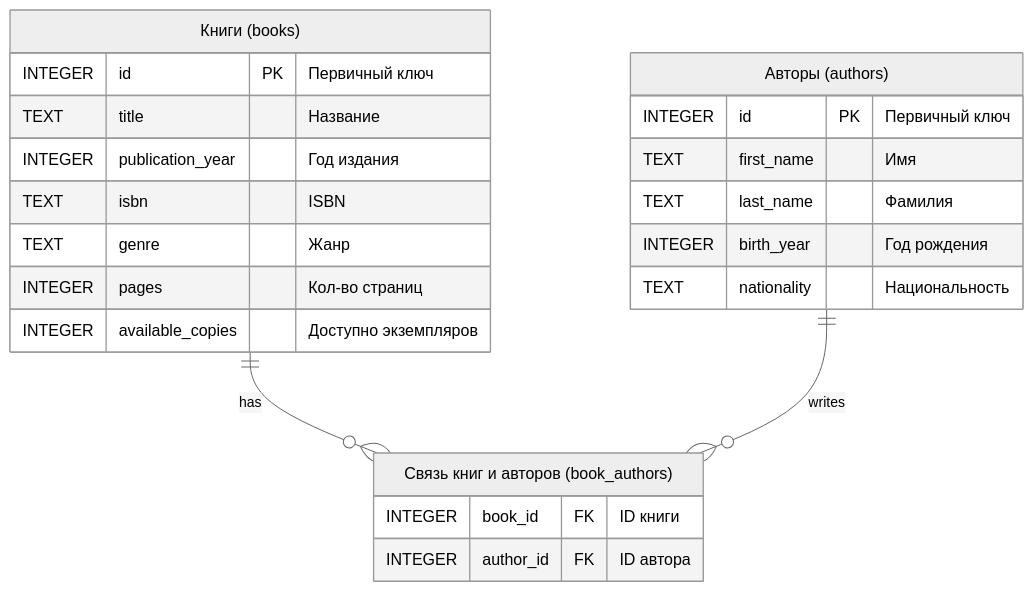
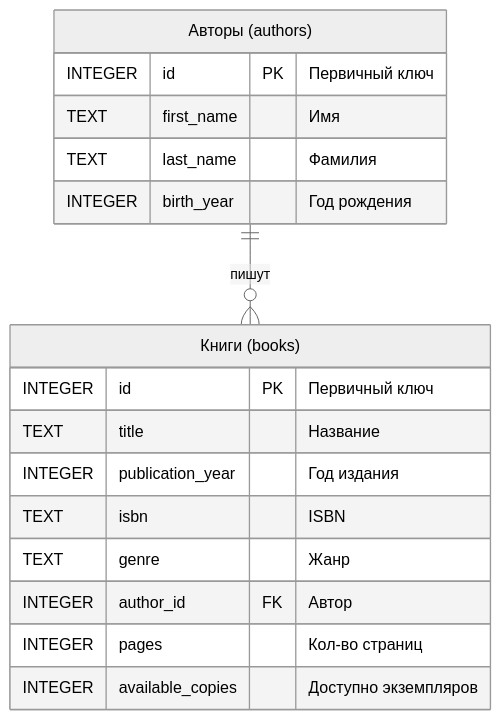
One commit to vshp-online/it.vshp.online changed the diagram in disciplines/it03/lectures/includes/library_books_db/library_books.mermaid. Above: the diagram before and after it, drawn with Mermaid (neutral theme). The commit also changed 6 other files, not shown here.

Commit message:
Update 13_lecture.md, learning_portal.mermaid, authors_table.md, and 4 more files

```diff
--- a/disciplines/it03/lectures/includes/library_books_db/library_books.mermaid
+++ b/disciplines/it03/lectures/includes/library_books_db/library_books.mermaid
@@ -1,27 +1,21 @@
 erDiagram
     %% Каталог библиотечных книг
+    authors["Авторы (authors)"] {
+        INTEGER    id PK             "Первичный ключ"
+        TEXT       first_name        "Имя"
+        TEXT       last_name         "Фамилия"
+        INTEGER    birth_year        "Год рождения"
+    }
+
     books["Книги (books)"] {
         INTEGER    id PK              "Первичный ключ"
         TEXT       title             "Название"
         INTEGER    publication_year  "Год издания"
         TEXT       isbn              "ISBN"
         TEXT       genre             "Жанр"
+        INTEGER    author_id FK      "Автор"
         INTEGER    pages             "Кол-во страниц"
         INTEGER    available_copies  "Доступно экземпляров"
     }
-    
-    authors["Авторы (authors)"] {
-        INTEGER    id PK             "Первичный ключ"
-        TEXT       first_name        "Имя"
-        TEXT       last_name         "Фамилия"
-        INTEGER    birth_year        "Год рождения"
-        TEXT       nationality       "Национальность"
-    }
-    
-    book_authors["Связь книг и авторов (book_authors)"] {
-        INTEGER    book_id FK        "ID книги"
-        INTEGER    author_id FK      "ID автора"
-    }
-    
-    books ||--o{ book_authors : has
-    authors ||--o{ book_authors : writes
+
+    authors ||--o{ books : "пишут"
```
